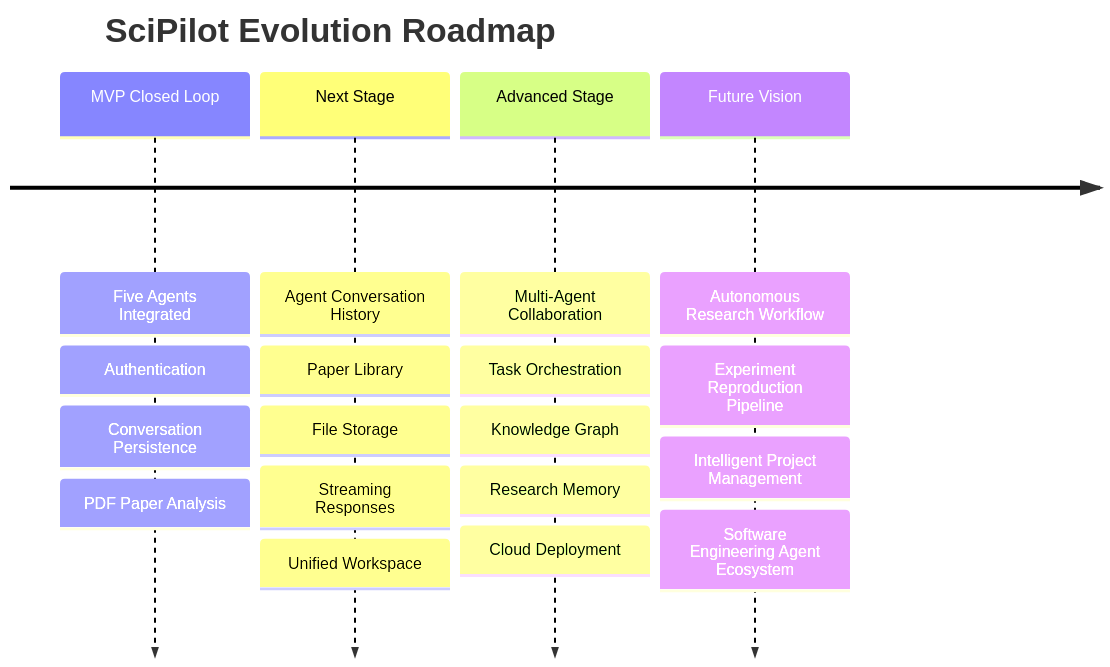
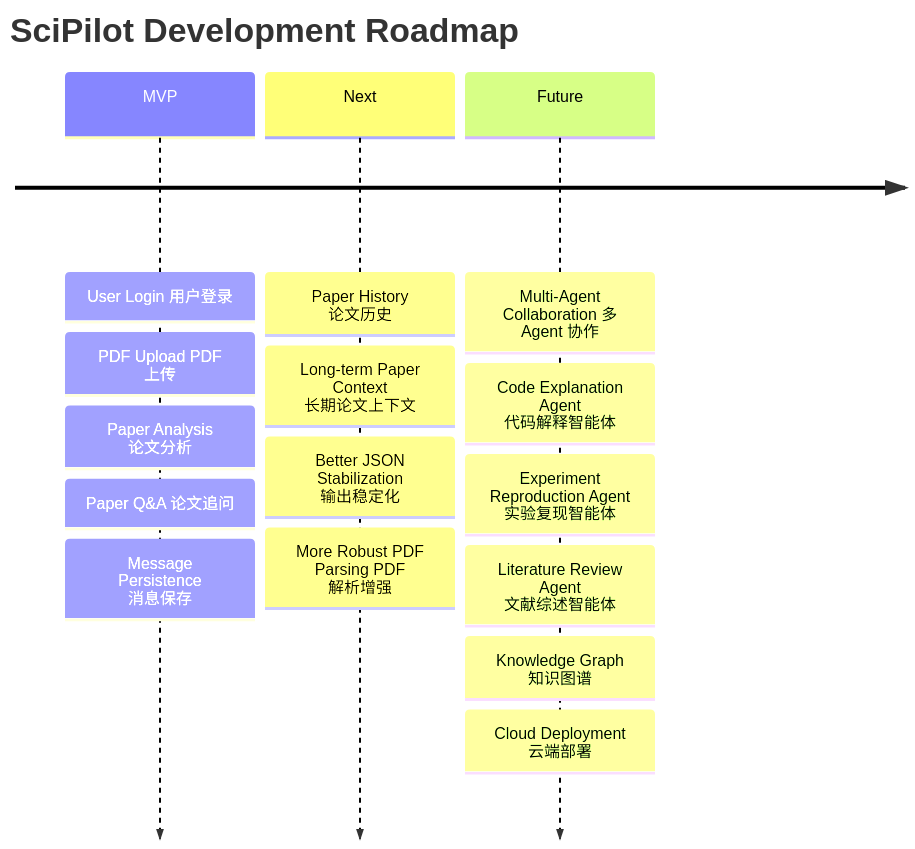
Before and after one commit to telitor/SciCopilot: the fifth of 5 diagrams in README.md, drawn with Mermaid. The commit also changed other lines of this file and 8 other files, not shown here.

Commit message:
feat: integrate project planning agent

````diff
--- a/README.md
+++ b/README.md
@@ -615,30 +432,25 @@
 ```mermaid
 timeline
-    title SciPilot Evolution Roadmap
+    title SciPilot Development Roadmap
 
-    MVP Closed Loop
-      : Five Agents Integrated
-      : Authentication
-      : Conversation Persistence
-      : PDF Paper Analysis
+    MVP
+      : User Login 用户登录
+      : PDF Upload PDF 上传
+      : Paper Analysis 论文分析
+      : Paper Q&A 论文追问
+      : Message Persistence 消息保存
 
-    Next Stage
-      : Agent Conversation History
-      : Paper Library
-      : File Storage
-      : Streaming Responses
-      : Unified Workspace
+    Next
+      : Paper History 论文历史
+      : Long-term Paper Context 长期论文上下文
+      : Better JSON Stabilization 输出稳定化
+      : More Robust PDF Parsing PDF 解析增强
 
-    Advanced Stage
-      : Multi-Agent Collaboration
-      : Task Orchestration
-      : Knowledge Graph
-      : Research Memory
-      : Cloud Deployment
-
-    Future Vision
-      : Autonomous Research Workflow
-      : Experiment Reproduction Pipeline
-      : Intelligent Project Management
-      : Software Engineering Agent Ecosystem
+    Future
+      : Multi-Agent Collaboration 多 Agent 协作
+      : Code Explanation Agent 代码解释智能体
+      : Experiment Reproduction Agent 实验复现智能体
+      : Literature Review Agent 文献综述智能体
+      : Knowledge Graph 知识图谱
+      : Cloud Deployment 云端部署
 ```
````
